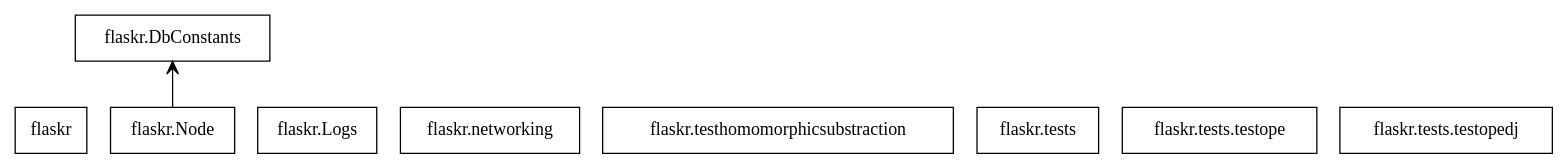
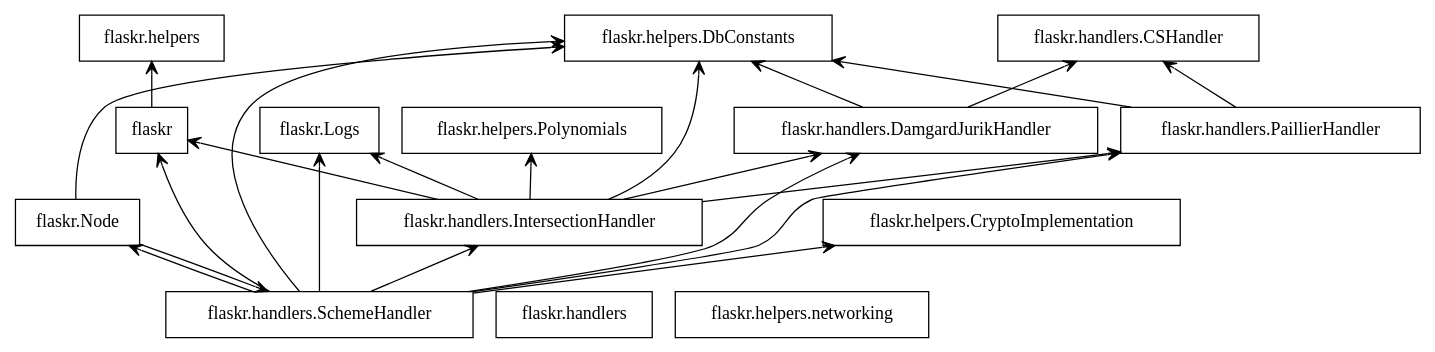
Before and after one commit to 4rius/WS_PSI: the diagram in flaskr/packages.dot, drawn with Graphviz. The commit also changed 7 other files, not shown here.

```diff
--- a/flaskr/packages.dot
+++ b/flaskr/packages.dot
@@ -1,14 +1,39 @@
 digraph "packages" {
 rankdir=BT
 charset="utf-8"
 "flaskr" [color="black", label=<flaskr>, shape="box", style="solid"];
-"flaskr.DbConstants" [color="black", label=<flaskr.DbConstants>, shape="box", style="solid"];
 "flaskr.Logs" [color="black", label=<flaskr.Logs>, shape="box", style="solid"];
 "flaskr.Node" [color="black", label=<flaskr.Node>, shape="box", style="solid"];
-"flaskr.networking" [color="black", label=<flaskr.networking>, shape="box", style="solid"];
-"flaskr.testhomomorphicsubstraction" [color="black", label=<flaskr.testhomomorphicsubstraction>, shape="box", style="solid"];
-"flaskr.tests" [color="black", label=<flaskr.tests>, shape="box", style="solid"];
-"flaskr.tests.testope" [color="black", label=<flaskr.tests.testope>, shape="box", style="solid"];
-"flaskr.tests.testopedj" [color="black", label=<flaskr.tests.testopedj>, shape="box", style="solid"];
-"flaskr.Node" -> "flaskr.DbConstants" [arrowhead="open", arrowtail="none"];
+"flaskr.handlers" [color="black", label=<flaskr.handlers>, shape="box", style="solid"];
+"flaskr.handlers.CSHandler" [color="black", label=<flaskr.handlers.CSHandler>, shape="box", style="solid"];
+"flaskr.handlers.DamgardJurikHandler" [color="black", label=<flaskr.handlers.DamgardJurikHandler>, shape="box", style="solid"];
+"flaskr.handlers.IntersectionHandler" [color="black", label=<flaskr.handlers.IntersectionHandler>, shape="box", style="solid"];
+"flaskr.handlers.PaillierHandler" [color="black", label=<flaskr.handlers.PaillierHandler>, shape="box", style="solid"];
+"flaskr.handlers.SchemeHandler" [color="black", label=<flaskr.handlers.SchemeHandler>, shape="box", style="solid"];
+"flaskr.helpers" [color="black", label=<flaskr.helpers>, shape="box", style="solid"];
+"flaskr.helpers.CryptoImplementation" [color="black", label=<flaskr.helpers.CryptoImplementation>, shape="box", style="solid"];
+"flaskr.helpers.DbConstants" [color="black", label=<flaskr.helpers.DbConstants>, shape="box", style="solid"];
+"flaskr.helpers.Polynomials" [color="black", label=<flaskr.helpers.Polynomials>, shape="box", style="solid"];
+"flaskr.helpers.networking" [color="black", label=<flaskr.helpers.networking>, shape="box", style="solid"];
+"flaskr" -> "flaskr.helpers" [arrowhead="open", arrowtail="none"];
+"flaskr.Node" -> "flaskr.handlers.SchemeHandler" [arrowhead="open", arrowtail="none"];
+"flaskr.Node" -> "flaskr.helpers.DbConstants" [arrowhead="open", arrowtail="none"];
+"flaskr.handlers.DamgardJurikHandler" -> "flaskr.handlers.CSHandler" [arrowhead="open", arrowtail="none"];
+"flaskr.handlers.DamgardJurikHandler" -> "flaskr.helpers.DbConstants" [arrowhead="open", arrowtail="none"];
+"flaskr.handlers.IntersectionHandler" -> "flaskr" [arrowhead="open", arrowtail="none"];
+"flaskr.handlers.IntersectionHandler" -> "flaskr.Logs" [arrowhead="open", arrowtail="none"];
+"flaskr.handlers.IntersectionHandler" -> "flaskr.handlers.DamgardJurikHandler" [arrowhead="open", arrowtail="none"];
+"flaskr.handlers.IntersectionHandler" -> "flaskr.handlers.PaillierHandler" [arrowhead="open", arrowtail="none"];
+"flaskr.handlers.IntersectionHandler" -> "flaskr.helpers.DbConstants" [arrowhead="open", arrowtail="none"];
+"flaskr.handlers.IntersectionHandler" -> "flaskr.helpers.Polynomials" [arrowhead="open", arrowtail="none"];
+"flaskr.handlers.PaillierHandler" -> "flaskr.handlers.CSHandler" [arrowhead="open", arrowtail="none"];
+"flaskr.handlers.PaillierHandler" -> "flaskr.helpers.DbConstants" [arrowhead="open", arrowtail="none"];
+"flaskr.handlers.SchemeHandler" -> "flaskr" [arrowhead="open", arrowtail="none"];
+"flaskr.handlers.SchemeHandler" -> "flaskr.Logs" [arrowhead="open", arrowtail="none"];
+"flaskr.handlers.SchemeHandler" -> "flaskr.Node" [arrowhead="open", arrowtail="none"];
+"flaskr.handlers.SchemeHandler" -> "flaskr.handlers.DamgardJurikHandler" [arrowhead="open", arrowtail="none"];
+"flaskr.handlers.SchemeHandler" -> "flaskr.handlers.IntersectionHandler" [arrowhead="open", arrowtail="none"];
+"flaskr.handlers.SchemeHandler" -> "flaskr.handlers.PaillierHandler" [arrowhead="open", arrowtail="none"];
+"flaskr.handlers.SchemeHandler" -> "flaskr.helpers.CryptoImplementation" [arrowhead="open", arrowtail="none"];
+"flaskr.handlers.SchemeHandler" -> "flaskr.helpers.DbConstants" [arrowhead="open", arrowtail="none"];
 }
```
